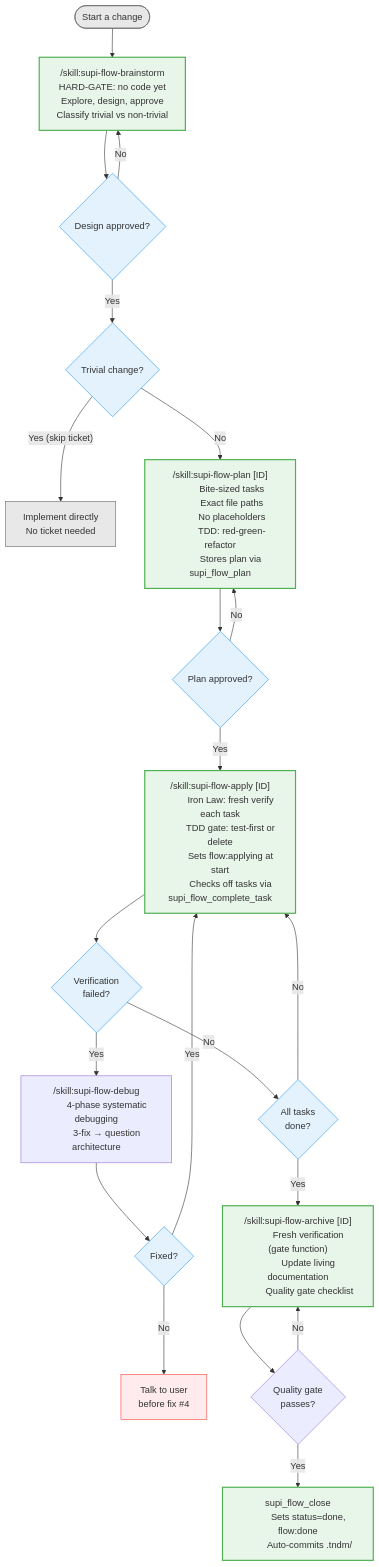
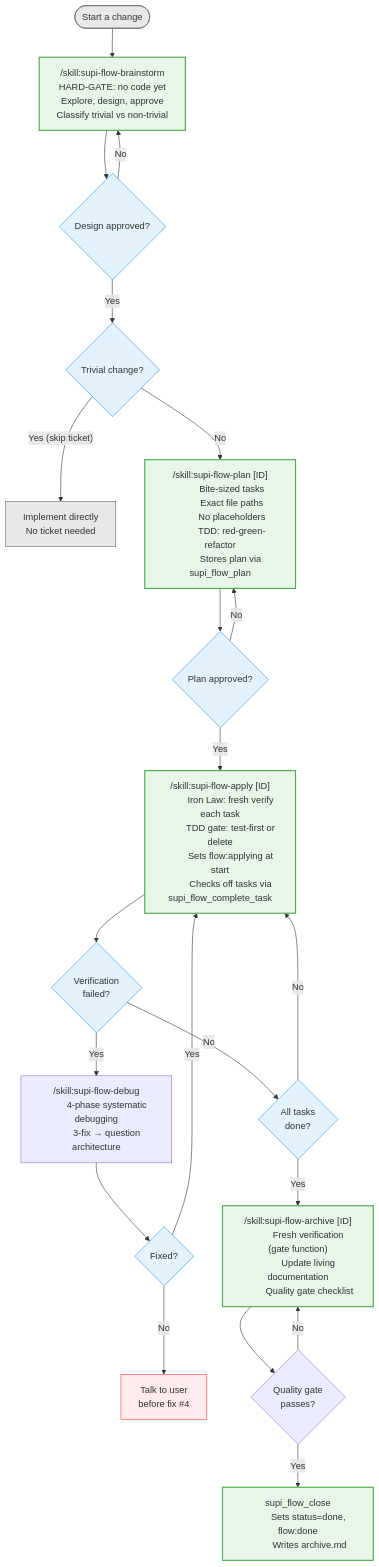
One commit to mrclrchtr/tandem changed the diagram in plugins/supi-flow/README.md. Above: the diagram before and after it, drawn with Mermaid. The commit also changed other lines of this file and 4 other files, not shown here.

Commit message:
refactor(supi-flow): remove auto-commit from supi_flow_close

````diff
--- a/plugins/supi-flow/README.md
+++ b/plugins/supi-flow/README.md
@@ -7,70 +7,70 @@
 ```mermaid
 flowchart TD
     START(["Start a change"]) --> BRAIN
     BRAIN["/skill:supi-flow-brainstorm
          HARD-GATE: no code yet
          Explore, design, approve
          Classify trivial vs non-trivial"]
     BRAIN --> APPROVED{Design approved?}
     APPROVED -->|"No"| BRAIN
     APPROVED -->|"Yes"| TRIVIAL{Trivial change?}
 
     TRIVIAL -->|"Yes (skip ticket)"| LIGHT["Implement directly
          No ticket needed"]
     TRIVIAL -->|"No"| PLAN
 
     PLAN["/skill:supi-flow-plan [ID]
          Bite-sized tasks
          Exact file paths
          No placeholders
          TDD: red-green-refactor
          Stores plan via supi_flow_plan"]
     PLAN --> APPROVE2{"Plan approved?"}
     APPROVE2 -->|"No"| PLAN
     APPROVE2 -->|"Yes"| APPLY
 
     APPLY["/skill:supi-flow-apply [ID]
          Iron Law: fresh verify each task
          TDD gate: test-first or delete
          Sets flow:applying at start
          Checks off tasks via supi_flow_complete_task"]
     APPLY --> BLOCKED{"Verification
          failed?"}
 
     BLOCKED -->|"Yes"| DEBUG["/skill:supi-flow-debug
          4-phase systematic debugging
          3-fix → question architecture"]
     DEBUG --> FIXED{Fixed?}
     FIXED -->|"Yes"| APPLY
     FIXED -->|"No"| USER["Talk to user
          before fix #4"]
 
     BLOCKED -->|"No"| DONE{"All tasks
          done?"}
     DONE -->|"No"| APPLY
     DONE -->|"Yes"| ARCHIVE
 
     ARCHIVE["/skill:supi-flow-archive [ID]
          Fresh verification (gate function)
          Update living documentation
          Quality gate checklist"]
     ARCHIVE --> QGATE{"Quality gate
          passes?"}
     QGATE -->|"No"| ARCHIVE
     QGATE -->|"Yes"| CLOSE
 
     CLOSE["supi_flow_close
          Sets status=done, flow:done
-         Auto-commits .tndm/"]
+         Writes archive.md"]
 
     classDef phase fill:#e8f5e9,stroke:#4caf50,stroke-width:2
     classDef decision fill:#e3f2fd,stroke:#2196f3
     classDef entry fill:#e8e8e8,stroke:#666
     classDef blocker fill:#ffebee,stroke:#f44336
 
     class BRAIN,PLAN,APPLY,ARCHIVE,CLOSE phase
     class APPROVED,APPROVE2,BLOCKED,FIXED,DONE,TRIVIAL decision
     class START entry
     class USER blocker
     class LIGHT entry
 ```
````
